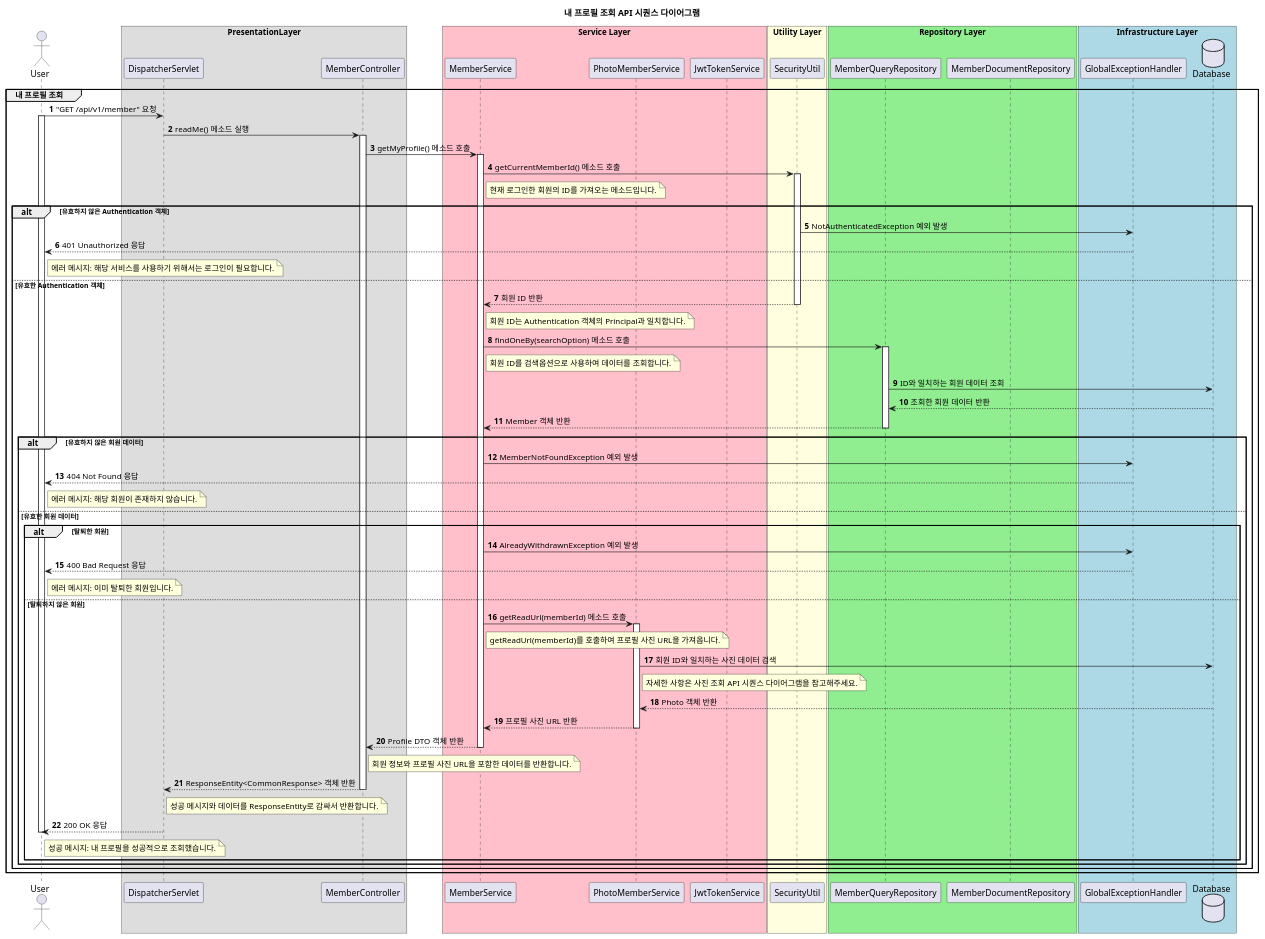
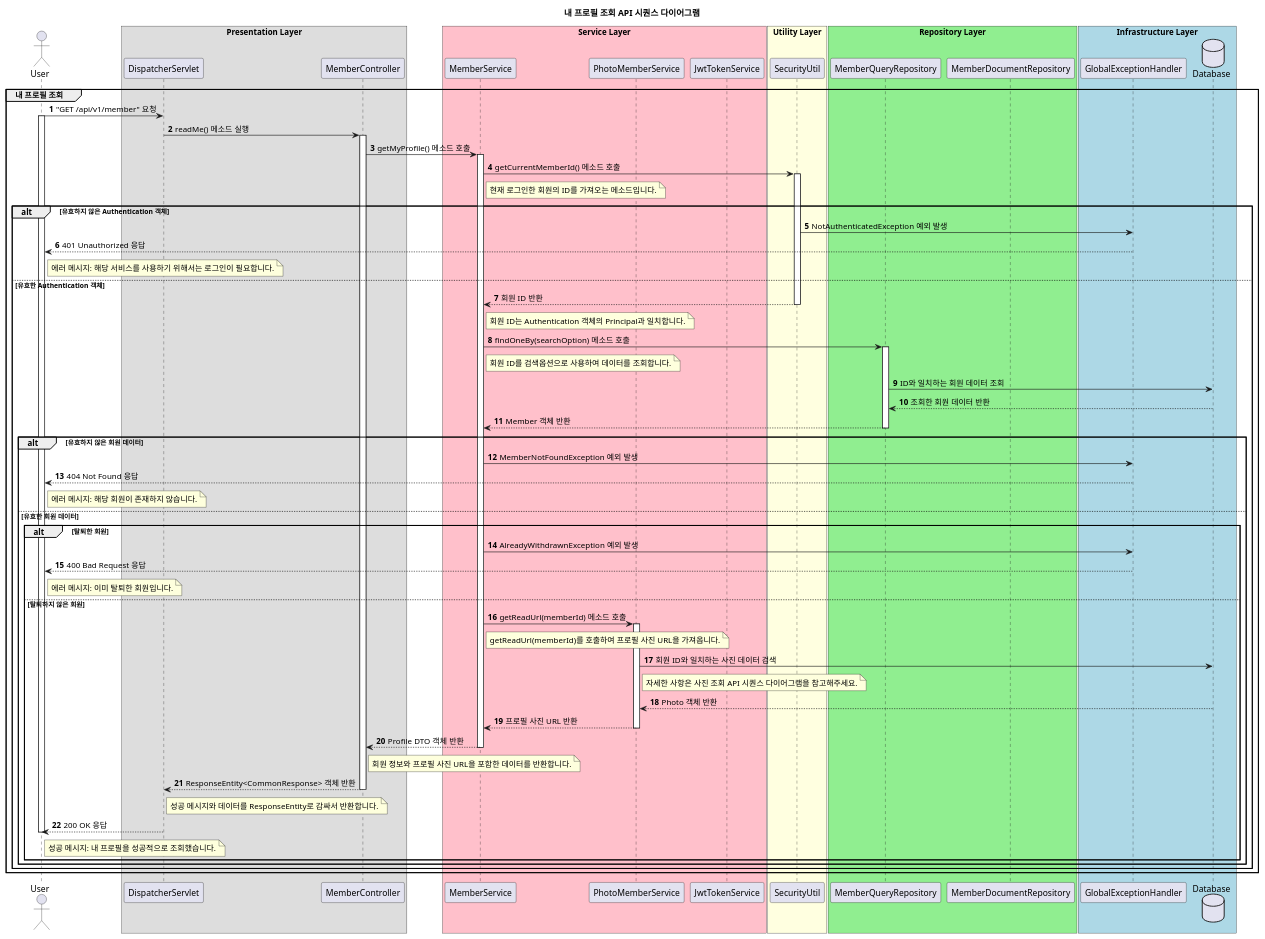
One commit to juwon-code/project-skypedia changed the diagram in docs/sequence/member/GET_내_프로필_조회.puml. Above: the diagram before and after it, drawn with PlantUML. The commit also changed 7 other files, not shown here.

First line of the commit message:
docs: 회원 API 시퀀스 다이어그램 수정 및 관리자 API 작성 완료

```diff
--- a/docs/sequence/member/GET_내_프로필_조회.puml
+++ b/docs/sequence/member/GET_내_프로필_조회.puml
@@ -1,95 +1,95 @@
 @startuml
 autonumber
 
 title 내 프로필 조회 API 시퀀스 다이어그램
 
 actor User as user
 
-box "PresentationLayer"
+box "Presentation Layer"
     participant "DispatcherServlet" as dispatcher_servlet
     participant "MemberController" as member_controller
 end box
 
 box "Service Layer" #Pink
     participant "MemberService" as member_service
     participant "PhotoMemberService" as photo_member_service
     participant "JwtTokenService" as jwt_token_service
 end box
 
 box "Utility Layer" #LightYellow
     participant "SecurityUtil" as security_util
 end box
 
 box "Repository Layer" #LightGreen
     participant "MemberQueryRepository" as member_query_repository
     participant "MemberDocumentRepository" as member_document_repository
 end box
 
 box "Infrastructure Layer" #LightBlue
     participant "GlobalExceptionHandler" as global_exception_handler
     database "Database" as db
 end box
 
 group 내 프로필 조회
     user -> dispatcher_servlet: "GET /api/v1/member" 요청
     activate user
     dispatcher_servlet -> member_controller: readMe() 메소드 실행
     activate member_controller
     member_controller -> member_service: getMyProfile() 메소드 호출
     activate member_service
 
     member_service -> security_util: getCurrentMemberId() 메소드 호출
     note right member_service: 현재 로그인한 회원의 ID를 가져오는 메소드입니다.
     activate security_util
 
     alt 유효하지 않은 Authentication 객체
         security_util -> global_exception_handler: NotAuthenticatedException 예외 발생
         global_exception_handler --> user: 401 Unauthorized 응답
         note right user: 에러 메시지: 해당 서비스를 사용하기 위해서는 로그인이 필요합니다.
     else 유효한 Authentication 객체
         security_util --> member_service: 회원 ID 반환
         deactivate security_util
         note right member_service: 회원 ID는 Authentication 객체의 Principal과 일치합니다.
 
         member_service -> member_query_repository: findOneBy(searchOption) 메소드 호출
         note right member_service: 회원 ID를 검색옵션으로 사용하여 데이터를 조회합니다.
         activate member_query_repository
         member_query_repository -> db: ID와 일치하는 회원 데이터 조회
         db --> member_query_repository: 조회한 회원 데이터 반환
         member_query_repository --> member_service: Member 객체 반환
         deactivate member_query_repository
         alt 유효하지 않은 회원 데이터
             member_service -> global_exception_handler: MemberNotFoundException 예외 발생
             global_exception_handler --> user: 404 Not Found 응답
             note right user: 에러 메시지: 해당 회원이 존재하지 않습니다.
         else 유효한 회원 데이터
             alt 탈퇴한 회원
                 member_service -> global_exception_handler: AlreadyWithdrawnException 예외 발생
                 global_exception_handler --> user: 400 Bad Request 응답
                 note right user: 에러 메시지: 이미 탈퇴한 회원입니다.
             else 탈퇴하지 않은 회원
                 member_service -> photo_member_service: getReadUrl(memberId) 메소드 호출
                 note right member_service: getReadUrl(memberId)를 호출하여 프로필 사진 URL을 가져옵니다.
                 activate photo_member_service
                 photo_member_service -> db: 회원 ID와 일치하는 사진 데이터 검색
                 note right photo_member_service: 자세한 사항은 사진 조회 API 시퀀스 다이어그램을 참고해주세요.
                 db --> photo_member_service: Photo 객체 반환
                 photo_member_service --> member_service: 프로필 사진 URL 반환
                 deactivate photo_member_service
 
                 member_service --> member_controller: Profile DTO 객체 반환
                 note right member_controller: 회원 정보와 프로필 사진 URL을 포함한 데이터를 반환합니다.
                 deactivate member_service
 
                 member_controller --> dispatcher_servlet: ResponseEntity<CommonResponse> 객체 반환
                 note right dispatcher_servlet: 성공 메시지와 데이터를 ResponseEntity로 감싸서 반환합니다.
                 deactivate member_controller
 
                 dispatcher_servlet --> user: 200 OK 응답
                 note right user: 성공 메시지: 내 프로필을 성공적으로 조회했습니다.
                 deactivate user
             end
         end
     end
 end
 @enduml
```
